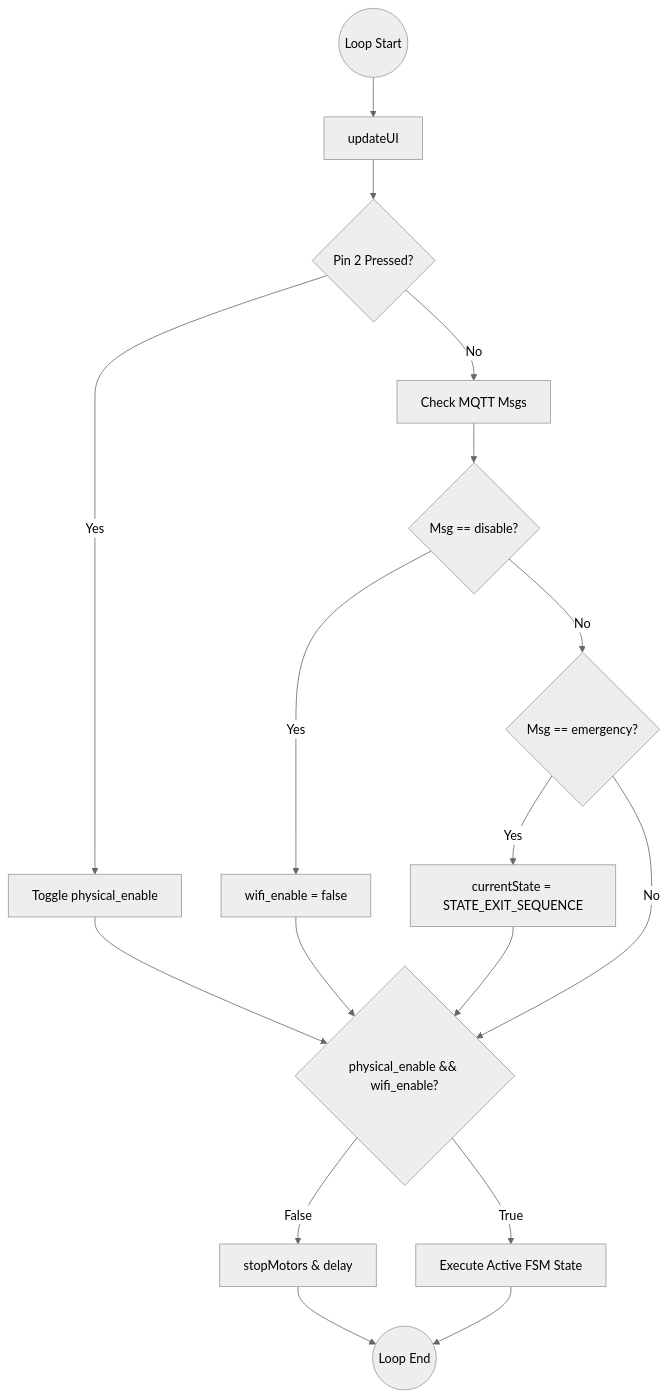
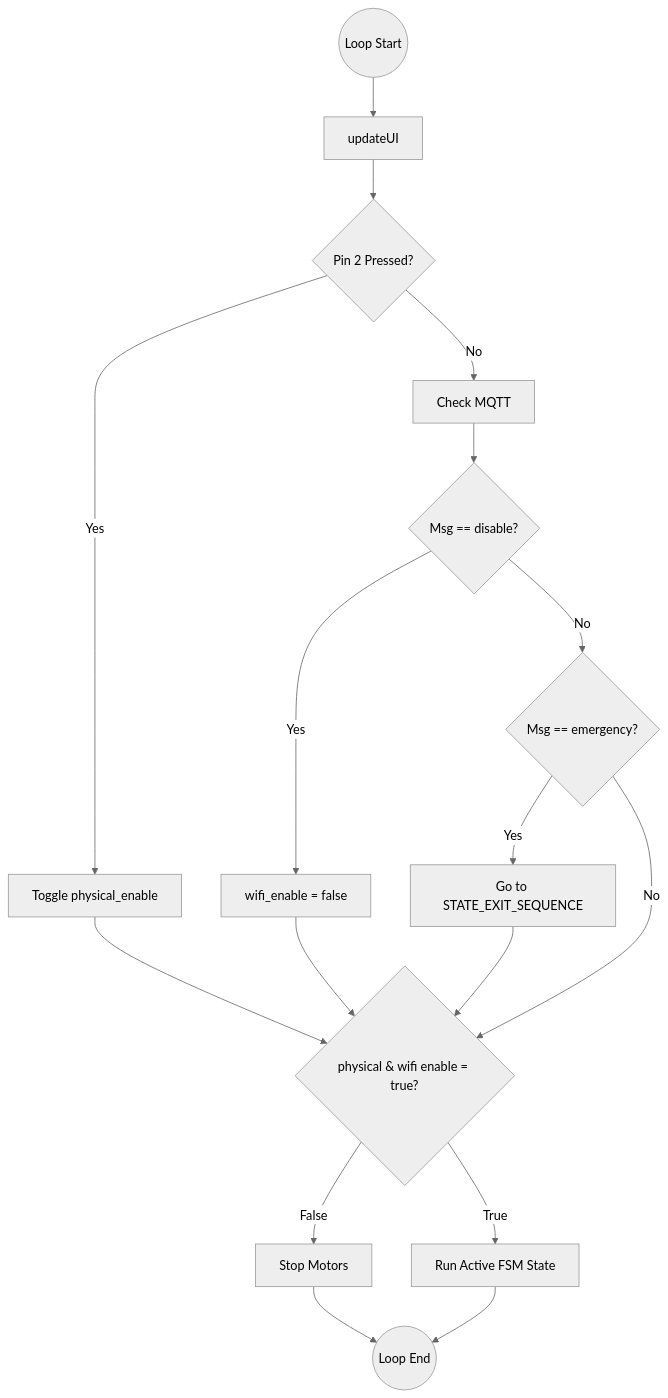
The second of 4 diagrams in README.md (RobotsAndAryan/Robotics_Challenge_Team13), drawn with Mermaid (neutral theme) before and after one commit. The commit also changed other lines of this file, not shown here.

````diff
--- a/README.md
+++ b/README.md
@@ -89,25 +88,25 @@
 ```mermaid
 flowchart TD
     Start((Loop Start)) --> UI[updateUI]
     UI --> HardwareCheck{Pin 2 Pressed?}
     HardwareCheck -->|Yes| ToggleHW[Toggle physical_enable]
-    HardwareCheck -->|No| NetCheck[Check MQTT Msgs]
+    HardwareCheck -->|No| NetCheck[Check MQTT]
     
     NetCheck --> ServerKill{Msg == disable?}
     ServerKill -->|Yes| ToggleNet[wifi_enable = false]
     
     ServerKill -->|No| ServerEmerg{Msg == emergency?}
-    ServerEmerg -->|Yes| TriggerExit[currentState = STATE_EXIT_SEQUENCE]
+    ServerEmerg -->|Yes| TriggerExit[Go to STATE_EXIT_SEQUENCE]
     
-    ServerEmerg -->|No| Eval{physical_enable && wifi_enable?}
+    ServerEmerg -->|No| Eval{physical & wifi enable = true?}
     
     ToggleHW --> Eval
     ToggleNet --> Eval
     TriggerExit --> Eval
     
-    Eval -->|False| Stop[stopMotors & delay]
-    Eval -->|True| FSM[Execute Active FSM State]
+    Eval -->|False| Stop[Stop Motors]
+    Eval -->|True| FSM[Run Active FSM State]
     
     Stop --> End((Loop End))
     FSM --> End
 ```
````
